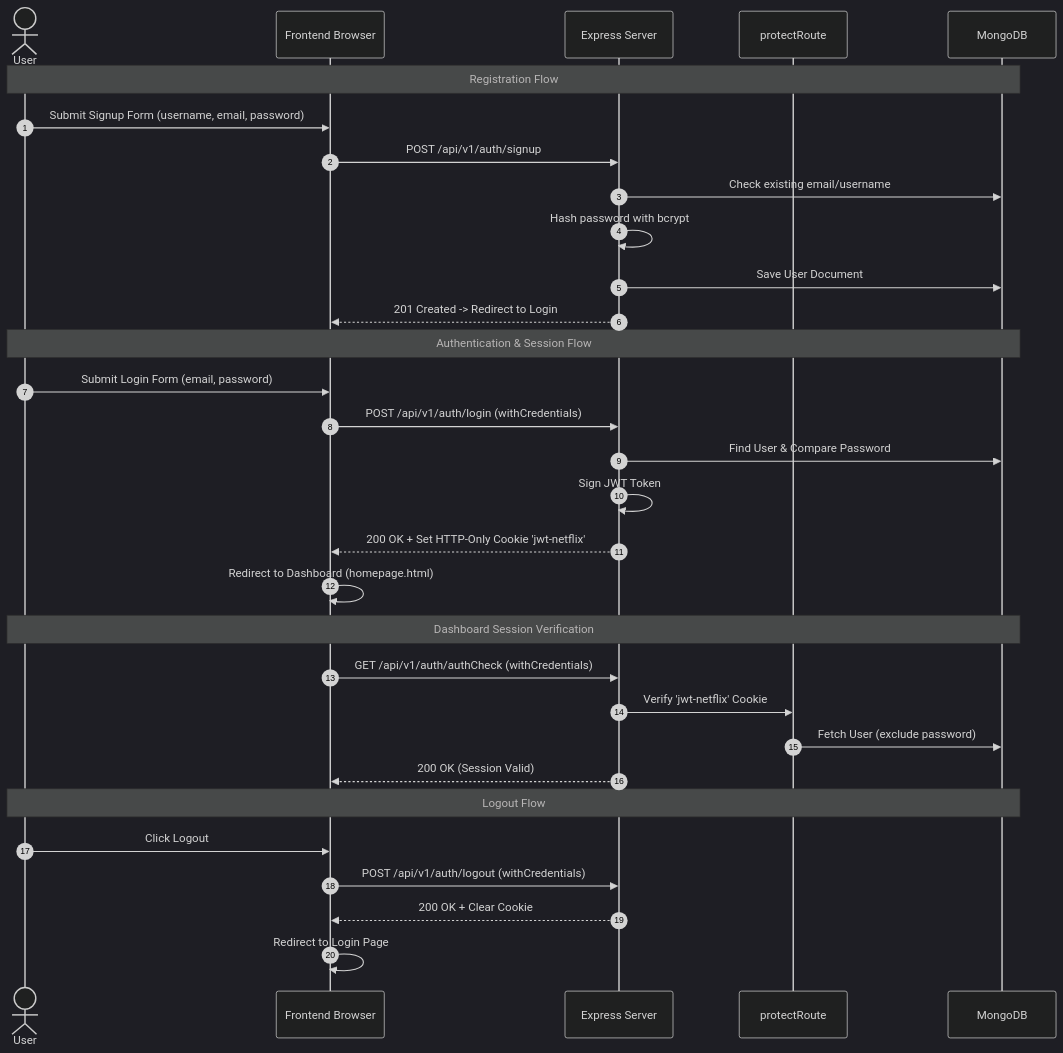
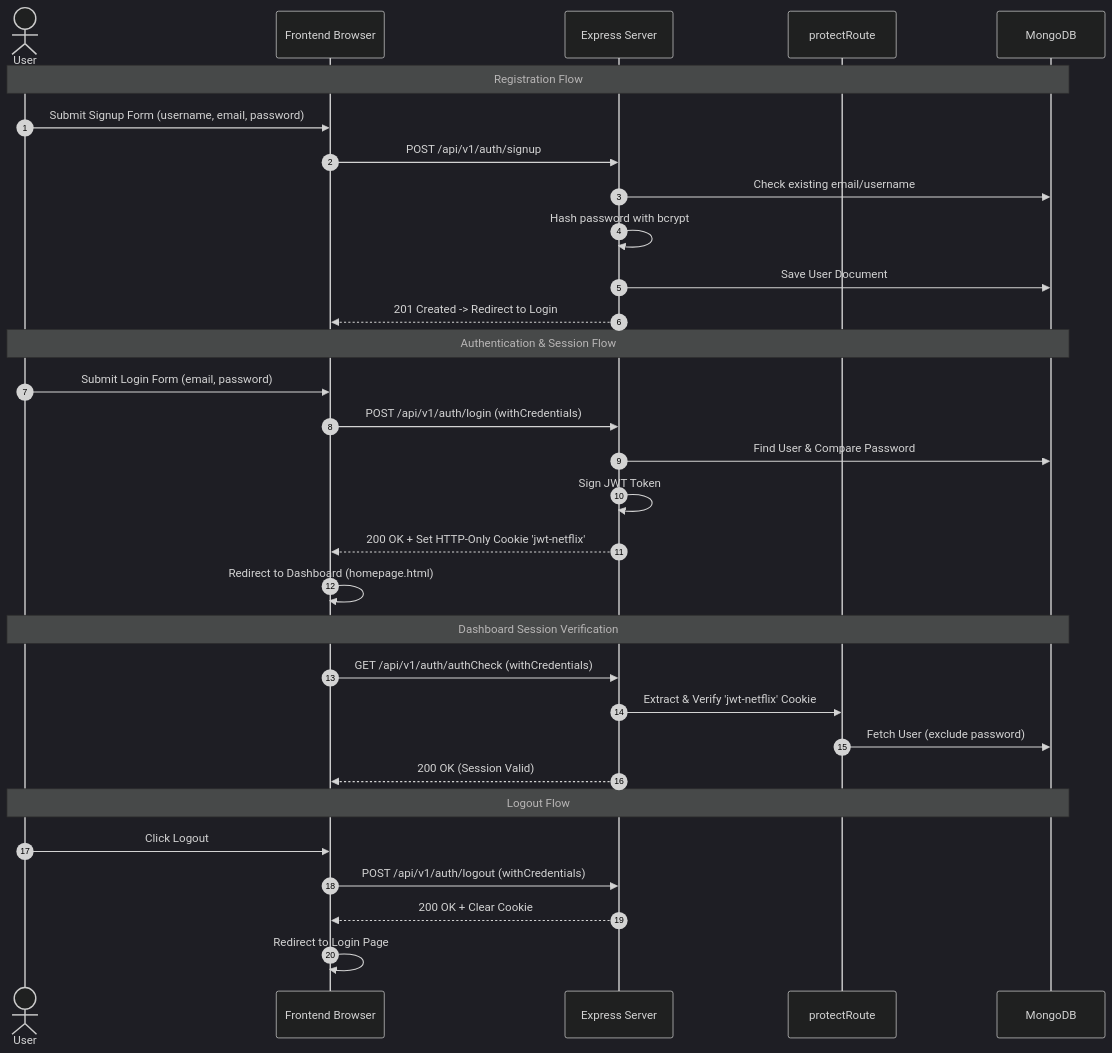
The diagram in README.md (QuirkyNerd/netflix-clone), drawn with Mermaid (dark theme) before and after one commit. The commit also changed other lines of this file and 1 other file, not shown here.

````diff
--- a/README.md
+++ b/README.md
@@ -40,37 +36,37 @@
 ```mermaid
 sequenceDiagram
     autonumber
     actor User
     participant Frontend as Frontend Browser
     participant API as Express Server
     participant Middleware as protectRoute
     participant DB as MongoDB
 
     Note over User, DB: Registration Flow
     User->>Frontend: Submit Signup Form (username, email, password)
     Frontend->>API: POST /api/v1/auth/signup
     API->>DB: Check existing email/username
     API->>API: Hash password with bcrypt
     API->>DB: Save User Document
     API-->>Frontend: 201 Created -> Redirect to Login
 
     Note over User, DB: Authentication & Session Flow
     User->>Frontend: Submit Login Form (email, password)
     Frontend->>API: POST /api/v1/auth/login (withCredentials)
     API->>DB: Find User & Compare Password
     API->>API: Sign JWT Token
     API-->>Frontend: 200 OK + Set HTTP-Only Cookie 'jwt-netflix'
     Frontend->>Frontend: Redirect to Dashboard (homepage.html)
 
     Note over User, DB: Dashboard Session Verification
     Frontend->>API: GET /api/v1/auth/authCheck (withCredentials)
-    API->>Middleware: Verify 'jwt-netflix' Cookie
+    API->>Middleware: Extract & Verify 'jwt-netflix' Cookie
     Middleware->>DB: Fetch User (exclude password)
     API-->>Frontend: 200 OK (Session Valid)
 
     Note over User, DB: Logout Flow
     User->>Frontend: Click Logout
     Frontend->>API: POST /api/v1/auth/logout (withCredentials)
     API-->>Frontend: 200 OK + Clear Cookie
     Frontend->>Frontend: Redirect to Login Page
 ```
````
